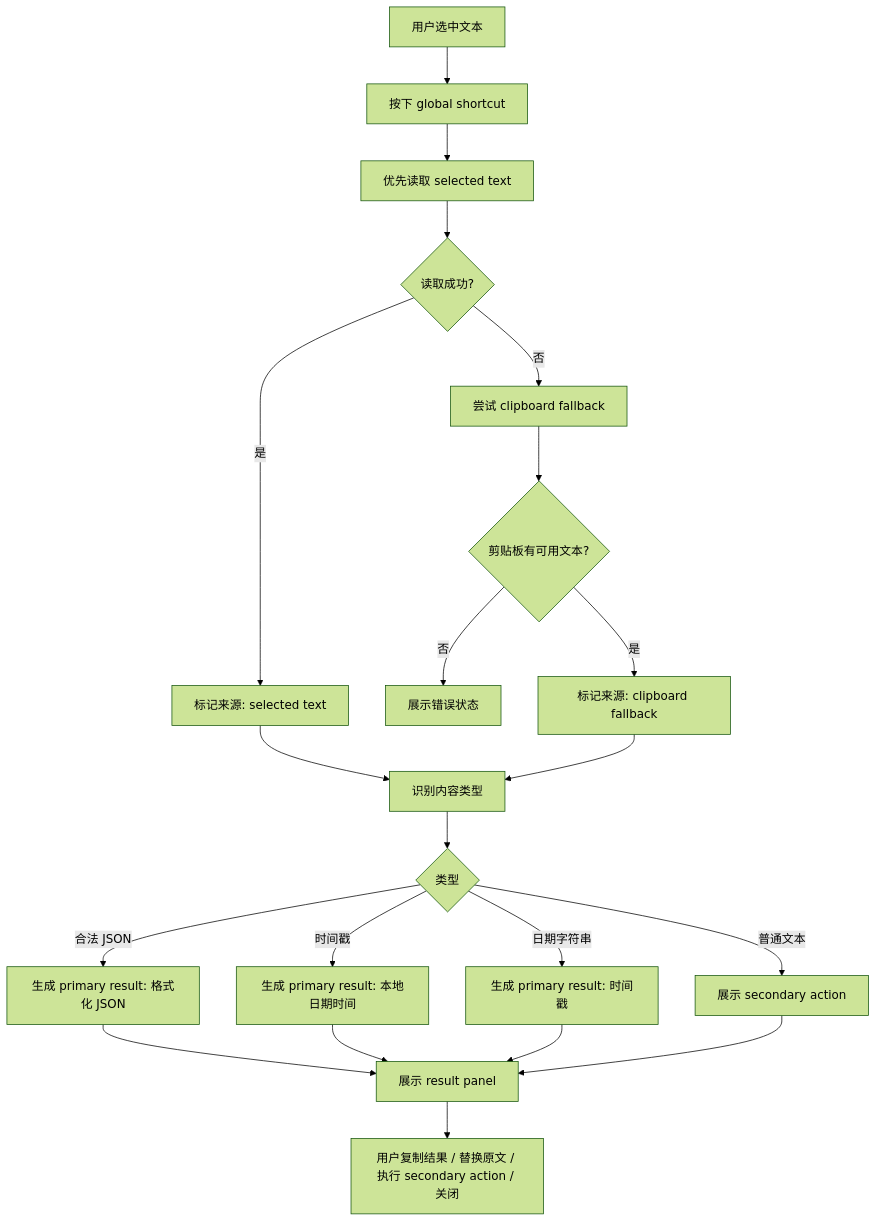
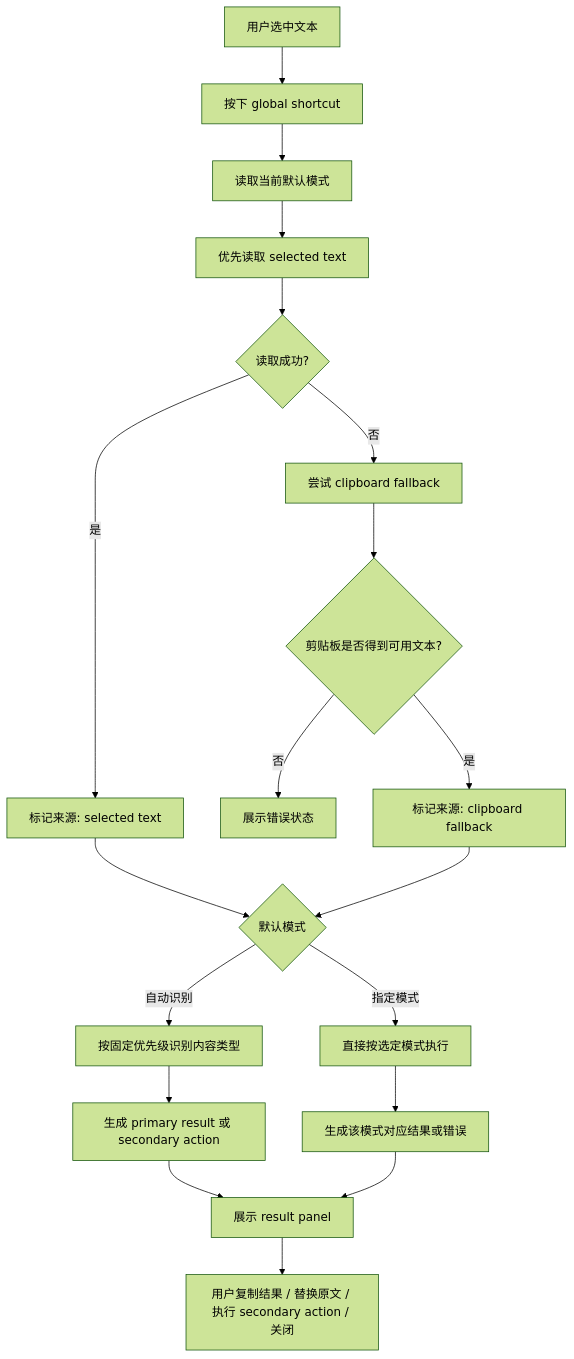
The first of 7 diagrams in docs/interaction/mac-text-actions-interaction-flow.md (SaneHe/mac-tools), drawn with Mermaid (forest theme) before and after one commit. The commit also changed other lines of this file and 6 other files, not shown here.

````diff
--- a/docs/interaction/mac-text-actions-interaction-flow.md
+++ b/docs/interaction/mac-text-actions-interaction-flow.md
@@ -4,23 +4,21 @@
 ```mermaid
 flowchart TD
     A["用户选中文本"] --> B["按下 global shortcut"]
-    B --> C["优先读取 selected text"]
-    C --> D{"读取成功?"}
-    D -- "是" --> E["标记来源: selected text"]
-    D -- "否" --> F["尝试 clipboard fallback"]
-    F --> G{"剪贴板有可用文本?"}
-    G -- "否" --> H["展示错误状态"]
-    G -- "是" --> I["标记来源: clipboard fallback"]
-    E --> J["识别内容类型"]
-    I --> J
-    J --> K{"类型"}
-    K -- "合法 JSON" --> L["生成 primary result: 格式化 JSON"]
-    K -- "时间戳" --> M["生成 primary result: 本地日期时间"]
-    K -- "日期字符串" --> N["生成 primary result: 时间戳"]
-    K -- "普通文本" --> O["展示 secondary action"]
-    L --> P["展示 result panel"]
-    M --> P
-    N --> P
+    B --> C["读取当前默认模式"]
+    C --> D["优先读取 selected text"]
+    D --> E{"读取成功?"}
+    E -- "是" --> F["标记来源: selected text"]
+    E -- "否" --> G["尝试 clipboard fallback"]
+    G --> H{"剪贴板是否得到可用文本?"}
+    H -- "否" --> I["展示错误状态"]
+    H -- "是" --> J["标记来源: clipboard fallback"]
+    F --> K{"默认模式"}
+    J --> K
+    K -- "自动识别" --> L["按固定优先级识别内容类型"]
+    K -- "指定模式" --> M["直接按选定模式执行"]
+    L --> N["生成 primary result 或 secondary action"]
+    M --> O["生成该模式对应结果或错误"]
+    N --> P["展示 result panel"]
     O --> P
     P --> Q["用户复制结果 / 替换原文 / 执行 secondary action / 关闭"]
 ```
````
